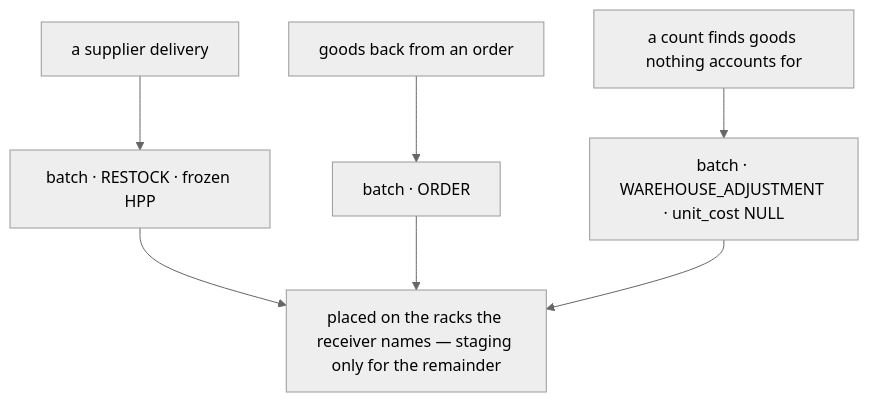
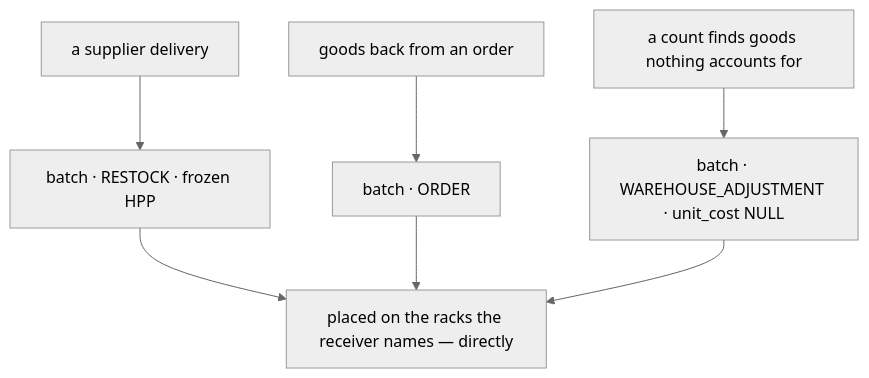
One commit to pdcgo/warehouse_revamp changed diagram 14 of 34 in disscuss/architecture/stock_movement_log.md. Above: the diagram before and after it, drawn with Mermaid (neutral theme). The commit also changed other lines of this file and 4 other files, not shown here.

````diff
--- a/disscuss/architecture/stock_movement_log.md
+++ b/disscuss/architecture/stock_movement_log.md
@@ -676,9 +691,9 @@
 ```mermaid
 flowchart TD
   R["a supplier delivery"] --> B1["batch · RESTOCK · frozen HPP"]
   O["goods back from an order"] --> B2["batch · ORDER"]
   F["a count finds goods nothing accounts for"] --> B3["batch · WAREHOUSE_ADJUSTMENT · unit_cost NULL"]
-  B1 --> P["placed on the racks the receiver names — staging only for the remainder"]
+  B1 --> P["placed on the racks the receiver names — directly"]
   B2 --> P
   B3 --> P
 ```
````
